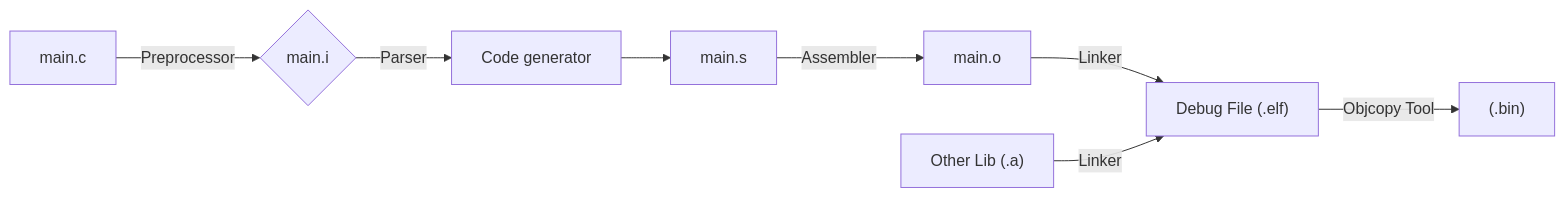
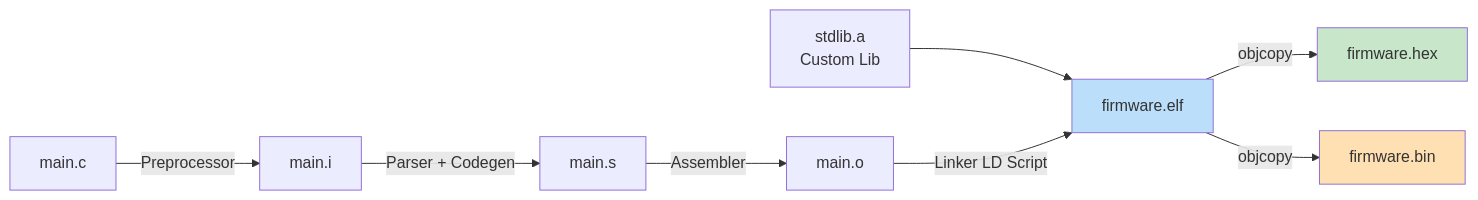
The ninth of 9 diagrams in tech_notebook/docs/md/embedded/concepts.md (serkanMzlm/EngineeringHub), drawn with Mermaid before and after one commit. The commit also changed other lines of this file and 21 other files, not shown here.

````diff
--- a/tech_notebook/docs/md/embedded/concepts.md
+++ b/tech_notebook/docs/md/embedded/concepts.md
@@ -249,10 +346,13 @@
 ```mermaid
 graph LR
-  A[main.c] --> |Preprocessor| B{main.i};
-  B --> |Parser| C[Code generator];
-  C --> D[main.s];
-  D --> |Assembler| E[main.o];
-  E --> |Linker| F[Debug File .elf];
-  F --> |Objcopy Tool| H["(.bin)"]
-  G["Other Lib (.a)"] --> |Linker| F["Debug File (.elf)"];
+    A[main.c] -->|Preprocessor| B[main.i]
+    B -->|Parser + Codegen| C[main.s]
+    C -->|Assembler| D[main.o]
+    LIB[stdlib.a\nCustom Lib] --> E
+    D -->|Linker LD Script| E[firmware.elf]
+    E -->|objcopy| F[firmware.hex]
+    E -->|objcopy| G[firmware.bin]
+    style E fill:#BBDEFB
+    style F fill:#C8E6C9
+    style G fill:#FFE0B2
 ```
````
